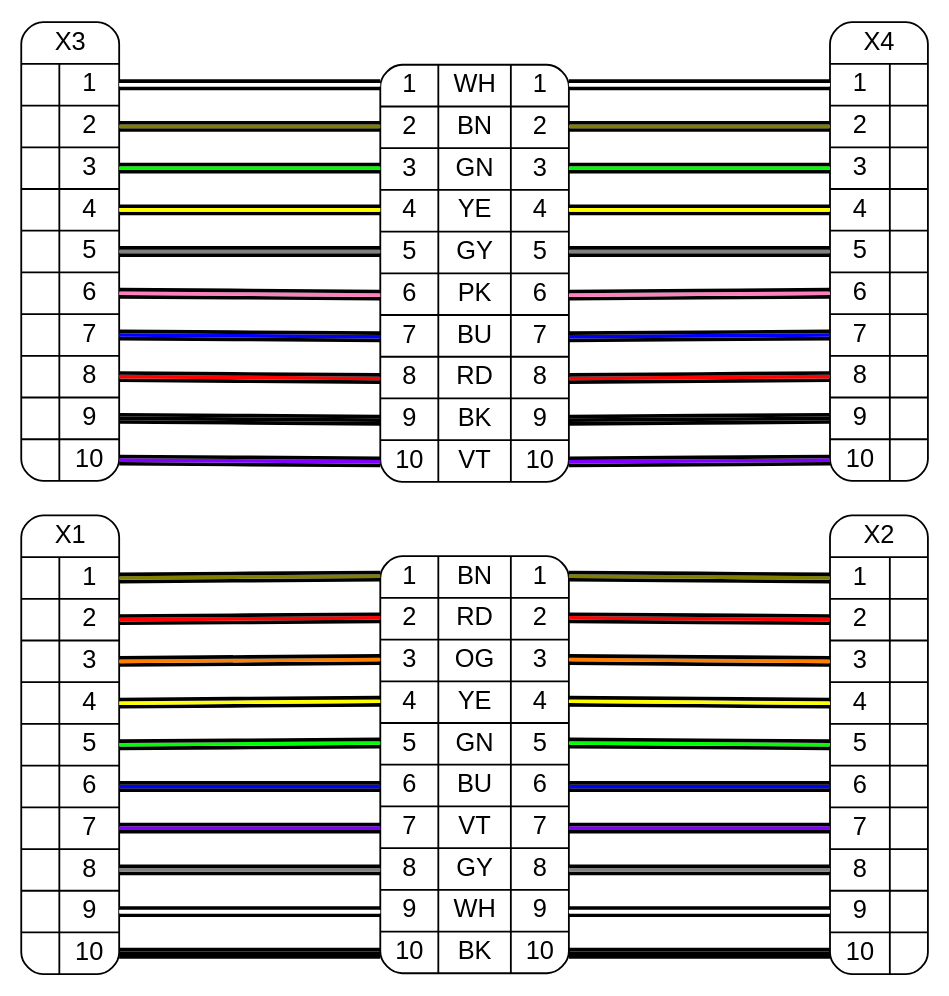
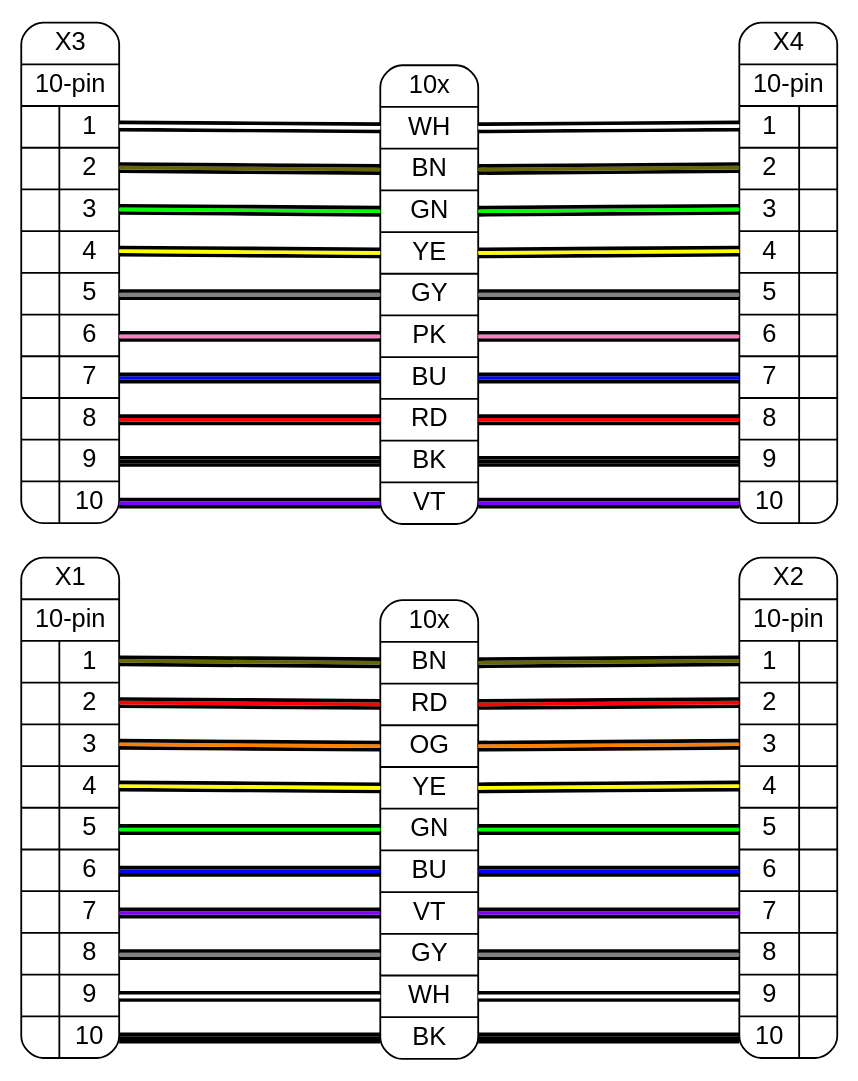
One commit to wireviz/WireViz changed the diagram in src/output/output_ex3.dot. Above: the diagram before and after it, drawn with Graphviz. The commit also changed 2 other files, not shown here.

```diff
--- a/src/output/output_ex3.dot
+++ b/src/output/output_ex3.dot
@@ -1,45 +1,49 @@
+// Graph generated by WireViz
+// https://github.com/formatc1702/WireViz
+// Daniel Rojas - 2020
+
 digraph G {
     graph [rankdir = LR, ranksep=2, fontname = "arial"];
     edge [arrowhead=none, fontname = "arial"];
     node [shape=record, style=rounded, fontname = "arial"];
 
 
-X1[label="X1 | {{|||||||||} | {<p1>1|<p2>2|<p3>3|<p4>4|<p5>5|<p6>6|<p7>7|<p8>8|<p9>9|<p10>10}}}"]
+X1[label="X1 | {10-pin} | {{|||||||||} | {<p1>1|<p2>2|<p3>3|<p4>4|<p5>5|<p6>6|<p7>7|<p8>8|<p9>9|<p10>10}}}"]
 
-X2[label="X2 | {{<p1>1|<p2>2|<p3>3|<p4>4|<p5>5|<p6>6|<p7>7|<p8>8|<p9>9|<p10>10} | {|||||||||}}}"]
+X2[label="X2 | {10-pin} | {{<p1>1|<p2>2|<p3>3|<p4>4|<p5>5|<p6>6|<p7>7|<p8>8|<p9>9|<p10>10} | {|||||||||}}}"]
 
-W1[label="{{<w1i>1|<w2i>2|<w3i>3|<w4i>4|<w5i>5|<w6i>6|<w7i>7|<w8i>8|<w9i>9|<w10i>10} | {BN|RD|OG|YE|GN|BU|VT|GY|WH|BK} | {<w1o>1|<w2o>2|<w3o>3|<w4o>4|<w5o>5|<w6o>6|<w7o>7|<w8o>8|<w9o>9|<w10o>10}}}"]
+W1[label="{10x} | {{<w1>BN|<w2>RD|<w3>OG|<w4>YE|<w5>GN|<w6>BU|<w7>VT|<w8>GY|<w9>WH|<w10>BK}}}"]
 
 {edge[style=bold]
-{edge[color="#000000:#808000:#000000"] X1:p1 -> W1:w1i; W1:w1o -> X2:p1}
-{edge[color="#000000:#ff0000:#000000"] X1:p2 -> W1:w2i; W1:w2o -> X2:p2}
-{edge[color="#000000:#ff8000:#000000"] X1:p3 -> W1:w3i; W1:w3o -> X2:p3}
-{edge[color="#000000:#ffff00:#000000"] X1:p4 -> W1:w4i; W1:w4o -> X2:p4}
-{edge[color="#000000:#00ff00:#000000"] X1:p5 -> W1:w5i; W1:w5o -> X2:p5}
-{edge[color="#000000:#0000ff:#000000"] X1:p6 -> W1:w6i; W1:w6o -> X2:p6}
-{edge[color="#000000:#8000ff:#000000"] X1:p7 -> W1:w7i; W1:w7o -> X2:p7}
-{edge[color="#000000:#808080:#000000"] X1:p8 -> W1:w8i; W1:w8o -> X2:p8}
-{edge[color="#000000:#ffffff:#000000"] X1:p9 -> W1:w9i; W1:w9o -> X2:p9}
-{edge[color="#000000:#000000:#000000"] X1:p10 -> W1:w10i; W1:w10o -> X2:p10}
+{edge[color="#000000:#666600:#000000"] X1:p1 -> W1:w1; W1:w1 -> X2:p1}
+{edge[color="#000000:#ff0000:#000000"] X1:p2 -> W1:w2; W1:w2 -> X2:p2}
+{edge[color="#000000:#ff8000:#000000"] X1:p3 -> W1:w3; W1:w3 -> X2:p3}
+{edge[color="#000000:#ffff00:#000000"] X1:p4 -> W1:w4; W1:w4 -> X2:p4}
+{edge[color="#000000:#00ff00:#000000"] X1:p5 -> W1:w5; W1:w5 -> X2:p5}
+{edge[color="#000000:#0000ff:#000000"] X1:p6 -> W1:w6; W1:w6 -> X2:p6}
+{edge[color="#000000:#8000ff:#000000"] X1:p7 -> W1:w7; W1:w7 -> X2:p7}
+{edge[color="#000000:#808080:#000000"] X1:p8 -> W1:w8; W1:w8 -> X2:p8}
+{edge[color="#000000:#ffffff:#000000"] X1:p9 -> W1:w9; W1:w9 -> X2:p9}
+{edge[color="#000000:#000000:#000000"] X1:p10 -> W1:w10; W1:w10 -> X2:p10}
 }
-X3[label="X3 | {{|||||||||} | {<p1>1|<p2>2|<p3>3|<p4>4|<p5>5|<p6>6|<p7>7|<p8>8|<p9>9|<p10>10}}}"]
+X3[label="X3 | {10-pin} | {{|||||||||} | {<p1>1|<p2>2|<p3>3|<p4>4|<p5>5|<p6>6|<p7>7|<p8>8|<p9>9|<p10>10}}}"]
 
-X4[label="X4 | {{<p1>1|<p2>2|<p3>3|<p4>4|<p5>5|<p6>6|<p7>7|<p8>8|<p9>9|<p10>10} | {|||||||||}}}"]
+X4[label="X4 | {10-pin} | {{<p1>1|<p2>2|<p3>3|<p4>4|<p5>5|<p6>6|<p7>7|<p8>8|<p9>9|<p10>10} | {|||||||||}}}"]
 
-W2[label="{{<w1i>1|<w2i>2|<w3i>3|<w4i>4|<w5i>5|<w6i>6|<w7i>7|<w8i>8|<w9i>9|<w10i>10} | {WH|BN|GN|YE|GY|PK|BU|RD|BK|VT} | {<w1o>1|<w2o>2|<w3o>3|<w4o>4|<w5o>5|<w6o>6|<w7o>7|<w8o>8|<w9o>9|<w10o>10}}}"]
+W2[label="{10x} | {{<w1>WH|<w2>BN|<w3>GN|<w4>YE|<w5>GY|<w6>PK|<w7>BU|<w8>RD|<w9>BK|<w10>VT}}}"]
 
 {edge[style=bold]
-{edge[color="#000000:#ffffff:#000000"] X3:p1 -> W2:w1i; W2:w1o -> X4:p1}
-{edge[color="#000000:#808000:#000000"] X3:p2 -> W2:w2i; W2:w2o -> X4:p2}
-{edge[color="#000000:#00ff00:#000000"] X3:p3 -> W2:w3i; W2:w3o -> X4:p3}
-{edge[color="#000000:#ffff00:#000000"] X3:p4 -> W2:w4i; W2:w4o -> X4:p4}
-{edge[color="#000000:#808080:#000000"] X3:p5 -> W2:w5i; W2:w5o -> X4:p5}
-{edge[color="#000000:#ff80c0:#000000"] X3:p6 -> W2:w6i; W2:w6o -> X4:p6}
-{edge[color="#000000:#0000ff:#000000"] X3:p7 -> W2:w7i; W2:w7o -> X4:p7}
-{edge[color="#000000:#ff0000:#000000"] X3:p8 -> W2:w8i; W2:w8o -> X4:p8}
-{edge[color="#000000:#000000:#000000"] X3:p9 -> W2:w9i; W2:w9o -> X4:p9}
-{edge[color="#000000:#8000ff:#000000"] X3:p10 -> W2:w10i; W2:w10o -> X4:p10}
+{edge[color="#000000:#ffffff:#000000"] X3:p1 -> W2:w1; W2:w1 -> X4:p1}
+{edge[color="#000000:#666600:#000000"] X3:p2 -> W2:w2; W2:w2 -> X4:p2}
+{edge[color="#000000:#00ff00:#000000"] X3:p3 -> W2:w3; W2:w3 -> X4:p3}
+{edge[color="#000000:#ffff00:#000000"] X3:p4 -> W2:w4; W2:w4 -> X4:p4}
+{edge[color="#000000:#808080:#000000"] X3:p5 -> W2:w5; W2:w5 -> X4:p5}
+{edge[color="#000000:#ff80c0:#000000"] X3:p6 -> W2:w6; W2:w6 -> X4:p6}
+{edge[color="#000000:#0000ff:#000000"] X3:p7 -> W2:w7; W2:w7 -> X4:p7}
+{edge[color="#000000:#ff0000:#000000"] X3:p8 -> W2:w8; W2:w8 -> X4:p8}
+{edge[color="#000000:#000000:#000000"] X3:p9 -> W2:w9; W2:w9 -> X4:p9}
+{edge[color="#000000:#8000ff:#000000"] X3:p10 -> W2:w10; W2:w10 -> X4:p10}
 }
 
 
 }
```
